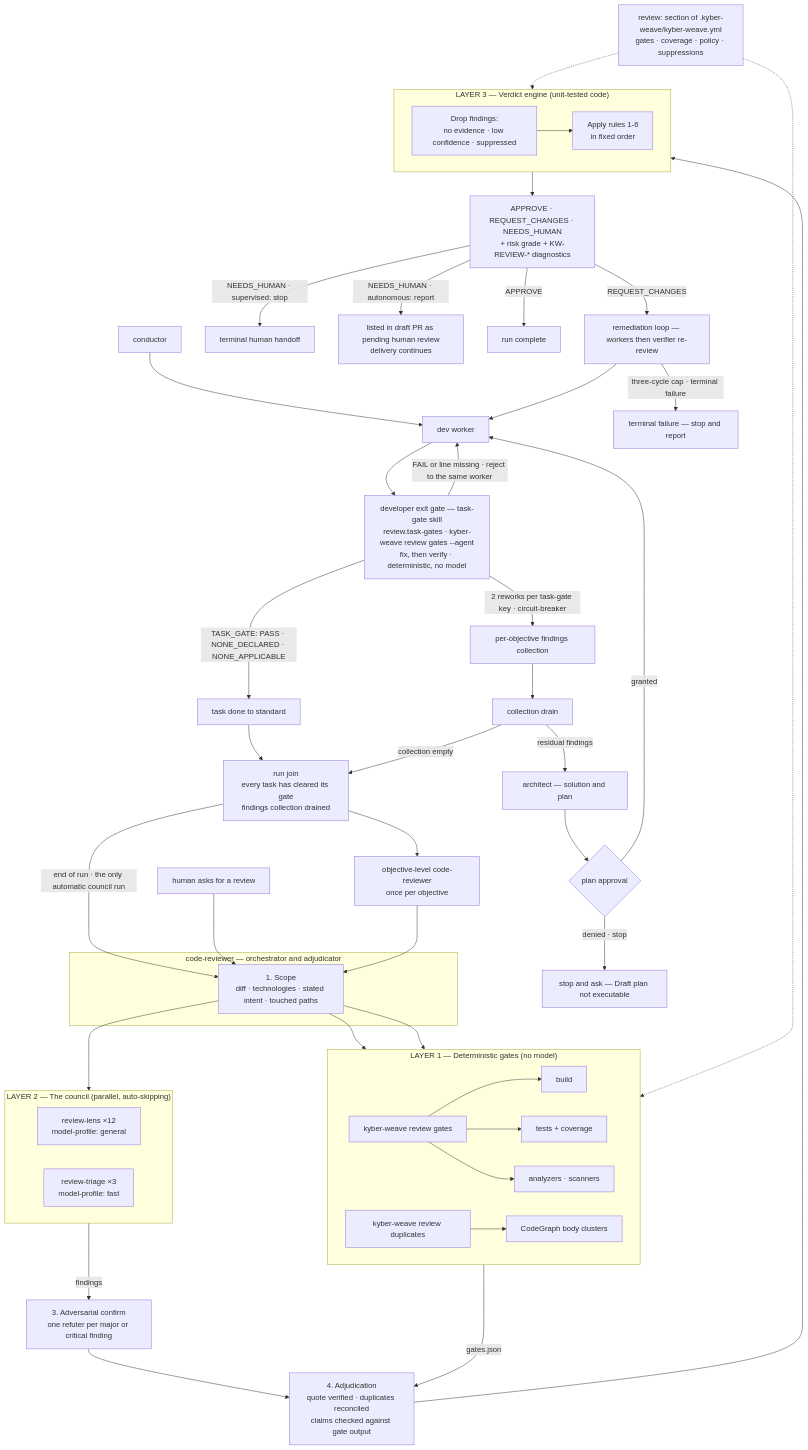
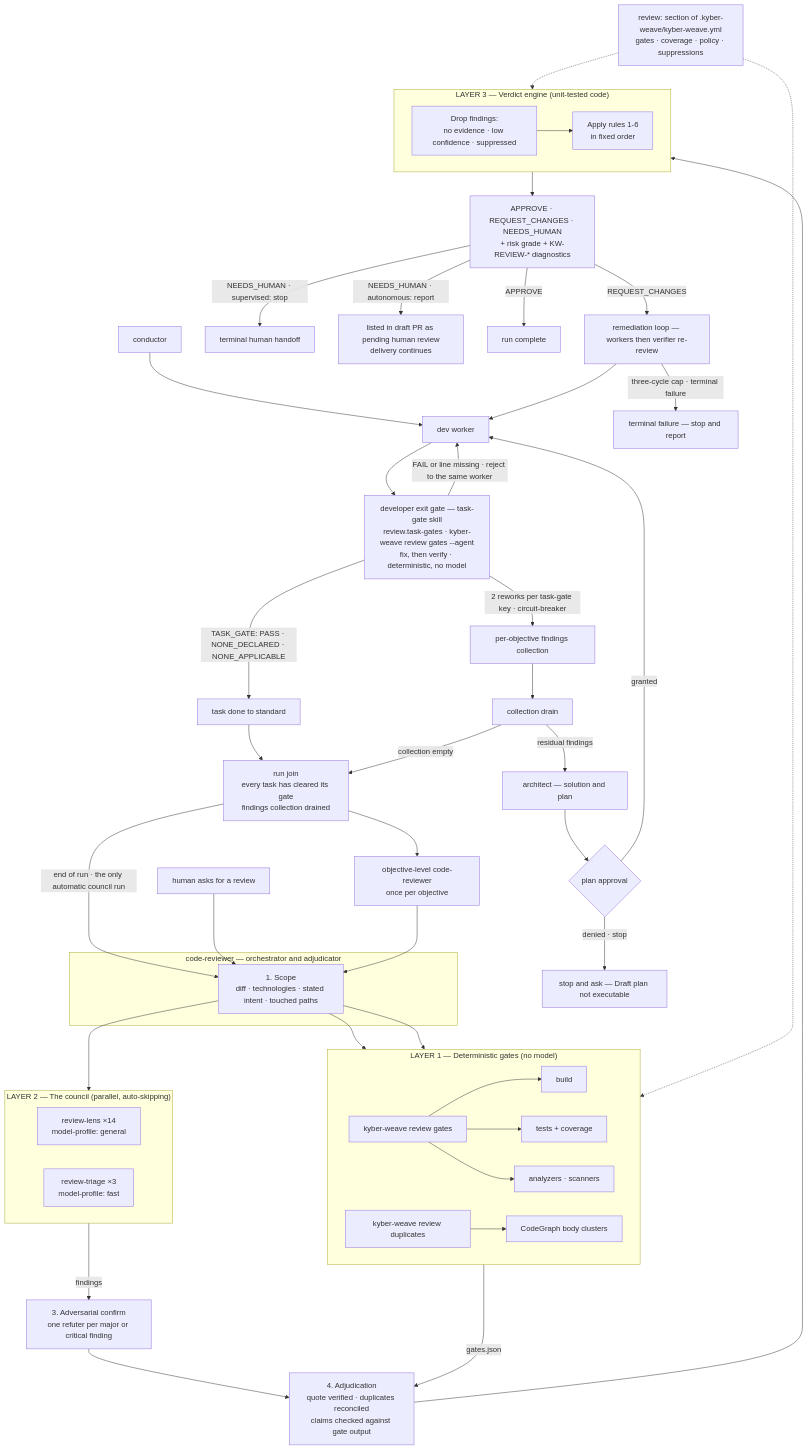
The first of 5 diagrams in docs/code-review/architecture.md (dpalfery/kyber-weave), drawn with Mermaid before and after one commit. The commit also changed other lines of this file and 10 other files, not shown here.

````diff
--- a/docs/code-review/architecture.md
+++ b/docs/code-review/architecture.md
@@ -47,64 +47,64 @@
 ```mermaid
 flowchart TD
     Cfg["review: section of .kyber-weave/kyber-weave.yml<br/>gates · coverage · policy · suppressions"]
     Gate["developer exit gate — task-gate skill<br/>review.task-gates · kyber-weave review gates --agent<br/>fix, then verify · deterministic, no model"]
     Caller["conductor"] --> Worker["dev worker"]
     Worker --> Gate
     Gate -->|"TASK_GATE: PASS · NONE_DECLARED · NONE_APPLICABLE"| TaskDone["task done to standard"]
     Gate -->|"FAIL or line missing · reject to the same worker"| Worker
     Gate -->|"2 reworks per task-gate key · circuit-breaker"| Findings["per-objective findings collection"]
     TaskDone --> Join["run join<br/>every task has cleared its gate<br/>findings collection drained"]
     Findings --> Drain["collection drain"]
     Drain -->|"residual findings"| Architect["architect — solution and plan"]
     Architect --> Approval{"plan approval"}
     Approval -->|"granted"| Worker
     Approval -->|"denied · stop"| PlanDenied["stop and ask — Draft plan not executable"]
     Drain -->|"collection empty"| Join
     Join -->|"end of run · the only automatic council run"| Scope
     HumanAsk["human asks for a review"] --> Scope
 
     subgraph CR["code-reviewer — orchestrator and adjudicator"]
         Scope["1. Scope<br/>diff · technologies · stated intent · touched paths"]
     end
 
     Scope --> GR
     Scope --> DG
     Scope --> Council
 
     subgraph Gates["LAYER 1 — Deterministic gates (no model)"]
         direction LR
         GR["kyber-weave review gates"] --> G1["build"] & G2["tests + coverage"] & G3["analyzers · scanners"]
         DG["kyber-weave review duplicates"] --> G4["CodeGraph body clusters"]
     end
 
     subgraph Council["LAYER 2 — The council (parallel, auto-skipping)"]
         direction LR
-        RL["review-lens ×12<br/>model-profile: general"]
+        RL["review-lens ×14<br/>model-profile: general"]
         RT["review-triage ×3<br/>model-profile: fast"]
     end
 
     Council -->|"findings"| Confirm["3. Adversarial confirm<br/>one refuter per major or critical finding"]
     Confirm --> Adjudicate
     Gates -->|"gates.json"| Adjudicate
 
     Adjudicate["4. Adjudication<br/>quote verified · duplicates reconciled<br/>claims checked against gate output"] --> VE
 
     subgraph VE["LAYER 3 — Verdict engine (unit-tested code)"]
         direction LR
         Drop["Drop findings:<br/>no evidence · low confidence · suppressed"] --> Rules["Apply rules 1-6<br/>in fixed order"]
     end
 
     VE --> Out["APPROVE · REQUEST_CHANGES · NEEDS_HUMAN<br/>+ risk grade + KW-REVIEW-* diagnostics"]
 
     Out -->|"NEEDS_HUMAN · supervised: stop"| Human["terminal human handoff"]
     Out -->|"NEEDS_HUMAN · autonomous: report"| PendingReview["listed in draft PR as pending human review<br/>delivery continues"]
     Out -->|"APPROVE"| RunComplete["run complete"]
     Out -->|"REQUEST_CHANGES"| ObjRemed["remediation loop — workers then verifier re-review"]
     ObjRemed --> Worker
     ObjRemed -->|"three-cycle cap · terminal failure"| ObjFailed["terminal failure — stop and report"]
     Join --> ObjReview["objective-level code-reviewer<br/>once per objective"]
     ObjReview --> Scope
 
     Cfg -.-> Gates
     Cfg -.-> VE
 ```
````
